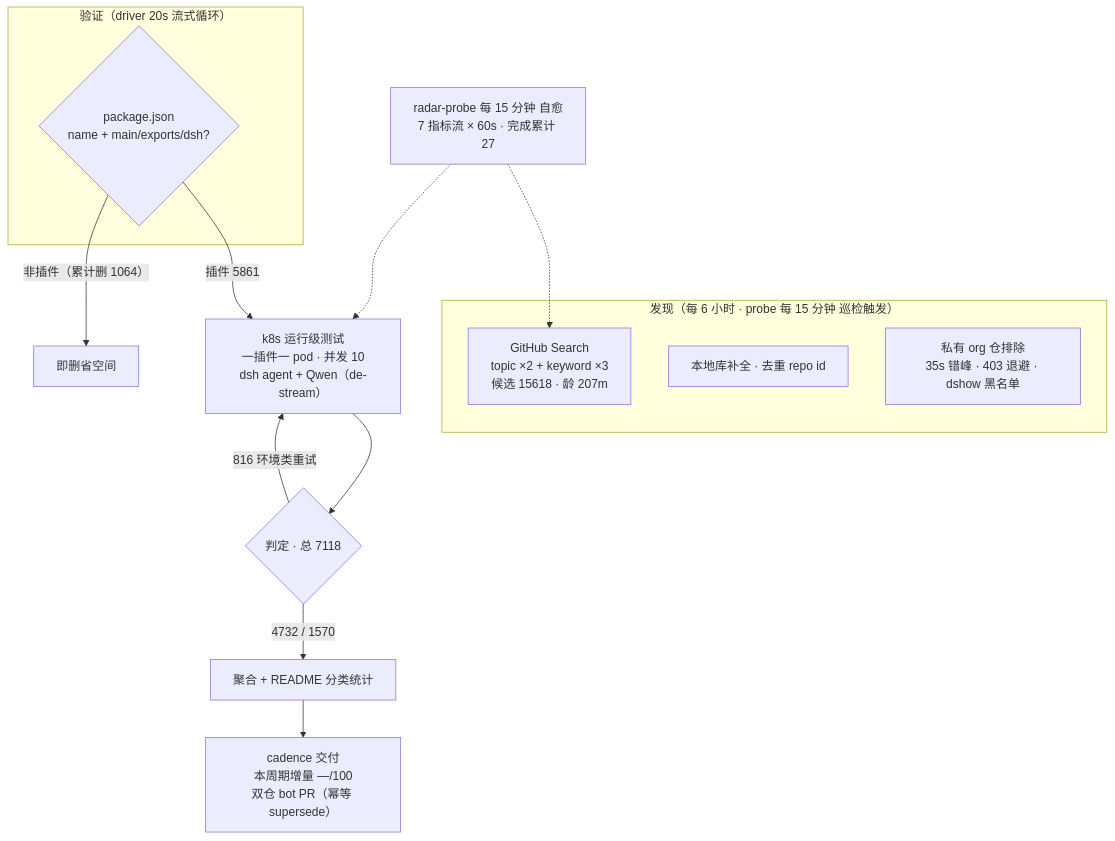
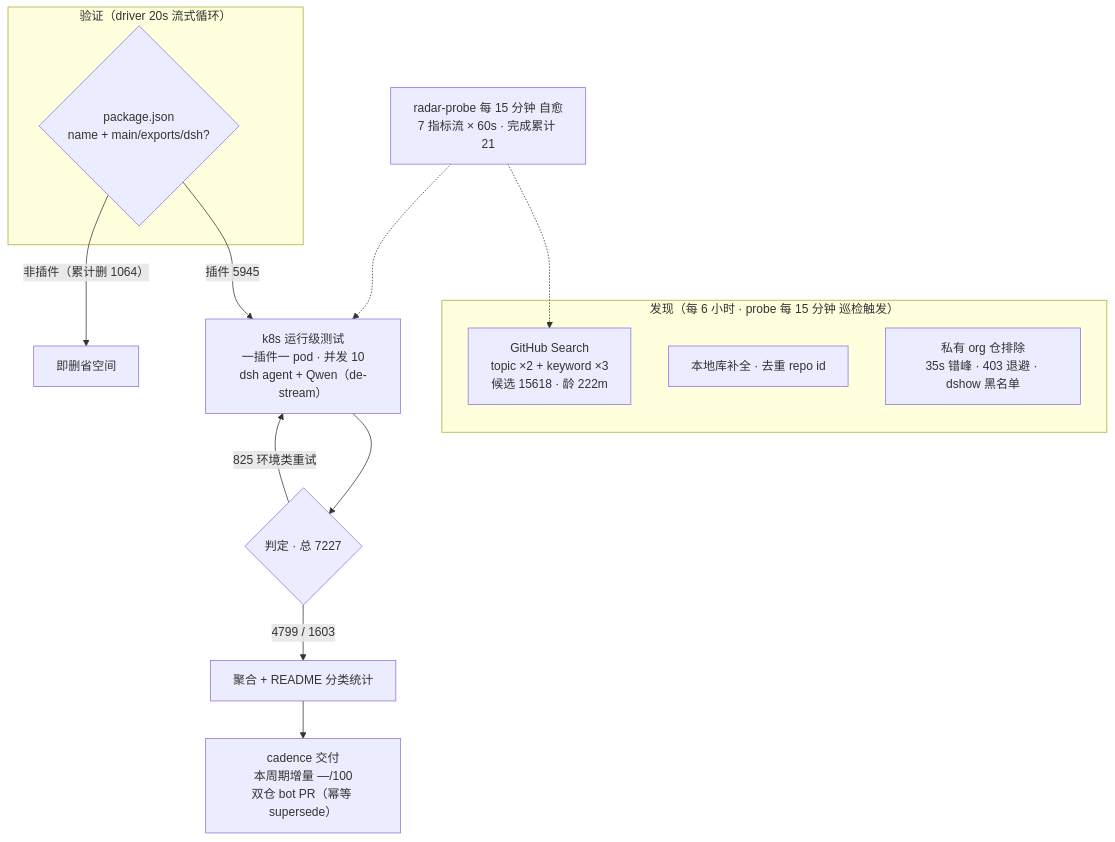
Before and after one commit to Zhidao-Lab-OSS/awesome-dsh-plugins: the diagram in README.md, drawn with Mermaid. The commit also changed other lines of this file and 1 other file, not shown here.

````diff
--- a/README.md
+++ b/README.md
@@ -37,20 +37,20 @@
 ```mermaid
 flowchart TB
     subgraph Discovery["发现（每 6 小时 · probe 每 15 分钟 巡检触发）"]
-        A1["GitHub Search<br/>topic ×2 + keyword ×3<br/>候选 15618 · 龄 207m"]
+        A1["GitHub Search<br/>topic ×2 + keyword ×3<br/>候选 15618 · 龄 222m"]
         A2["本地库补全 · 去重 repo id"]
         A3["私有 org 仓排除<br/>35s 错峰 · 403 退避 · dshow 黑名单"]
     end
     subgraph Validation["验证（driver 20s 流式循环）"]
         B1{"package.json<br/>name + main/exports/dsh?"}
     end
-    B1 -->|"插件 5861"| C1["k8s 运行级测试<br/>一插件一 pod · 并发 10<br/>dsh agent + Qwen（de-stream）"]
+    B1 -->|"插件 5945"| C1["k8s 运行级测试<br/>一插件一 pod · 并发 10<br/>dsh agent + Qwen（de-stream）"]
     B1 -->|"非插件（累计删 1064）"| B3["即删省空间"]
-    C1 --> D1{"判定 · 总 7118"}
-    D1 -->|"4732 / 1570"| E1["聚合 + README 分类统计"]
-    D1 -->|"816 环境类重试"| C1
+    C1 --> D1{"判定 · 总 7227"}
+    D1 -->|"4799 / 1603"| E1["聚合 + README 分类统计"]
+    D1 -->|"825 环境类重试"| C1
     E1 --> E2["cadence 交付<br/>本周期增量 —/100<br/>双仓 bot PR（幂等 supersede）"]
-    M["radar-probe 每 15 分钟 自愈<br/>7 指标流 × 60s · 完成累计 27"]
+    M["radar-probe 每 15 分钟 自愈<br/>7 指标流 × 60s · 完成累计 21"]
     M -.-> A1
     M -.-> C1
 ```
````
